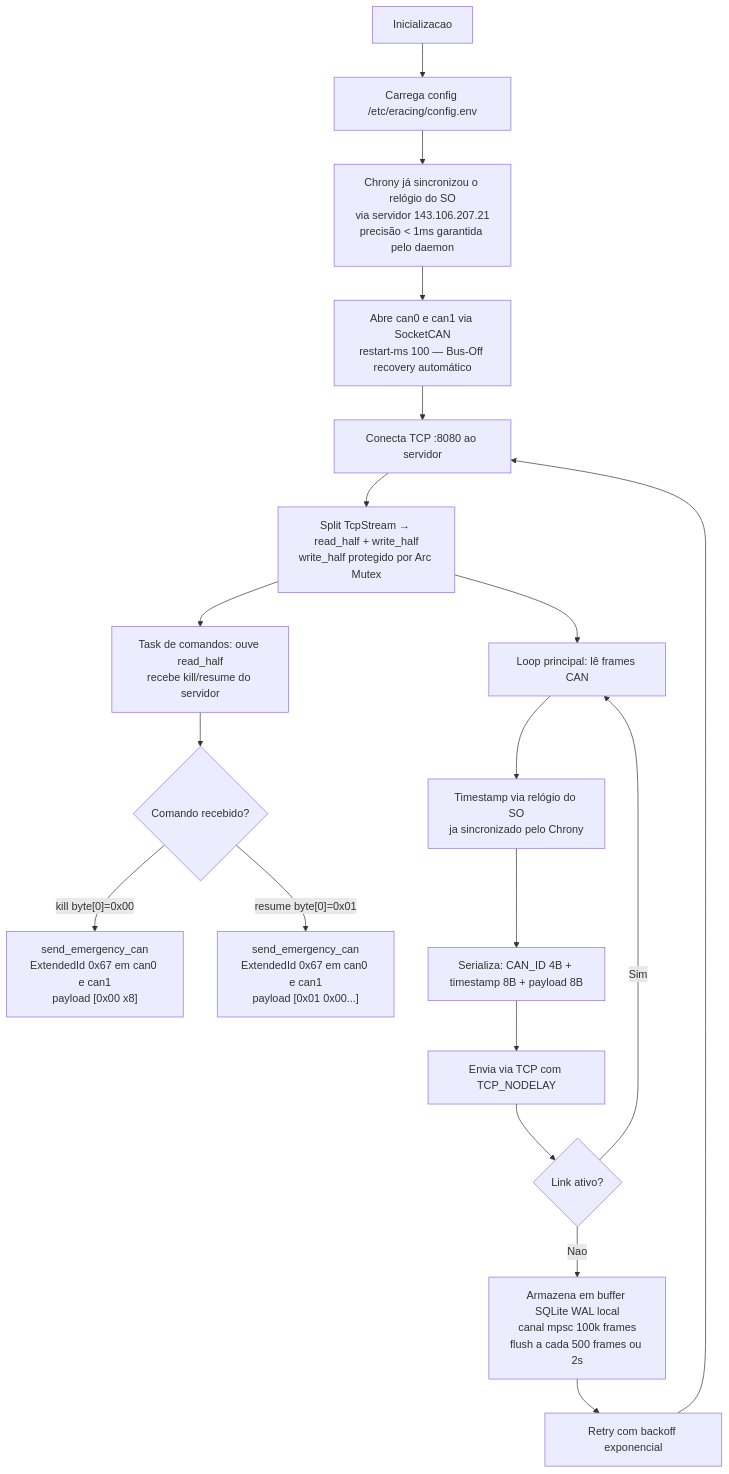
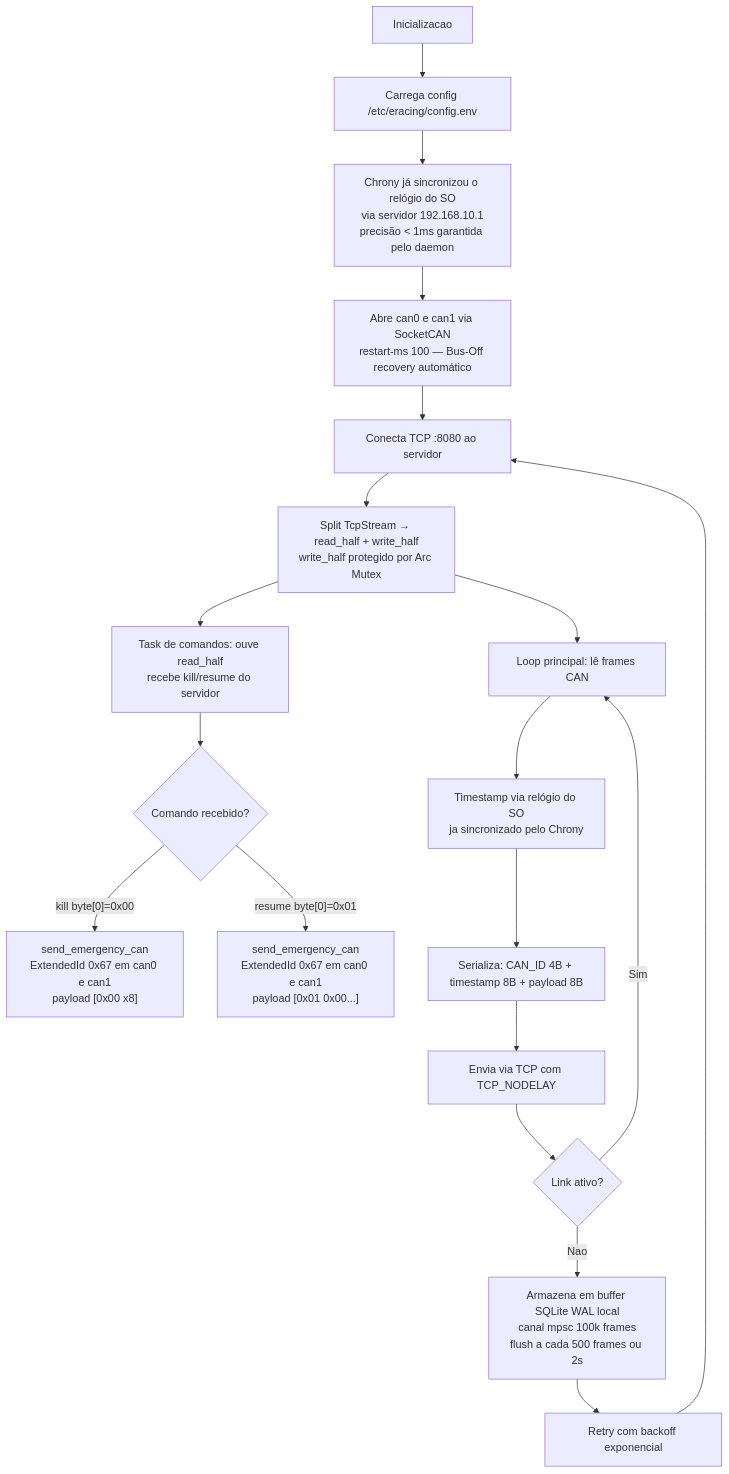
The sixth of 8 diagrams in design/handBook.md (Faraoh-Back/TelemetriaV2.0), drawn with Mermaid before and after one commit. The commit also changed other lines of this file, not shown here.

````diff
--- a/design/handBook.md
+++ b/design/handBook.md
@@ -404,21 +429,21 @@
 ```mermaid
 flowchart TD
     A["Inicializacao"] --> B["Carrega config /etc/eracing/config.env"]
-    B --> C["Chrony já sincronizou o relógio do SO\nvia servidor 143.106.207.21\nprecisão < 1ms garantida pelo daemon"]
+    B --> C["Chrony já sincronizou o relógio do SO\nvia servidor 192.168.10.1\nprecisão < 1ms garantida pelo daemon"]
     C --> D["Abre can0 e can1 via SocketCAN\nrestart-ms 100 — Bus-Off recovery automático"]
     D --> E["Conecta TCP :8080 ao servidor"]
     E --> F["Split TcpStream → read_half + write_half\nwrite_half protegido por Arc Mutex"]
     F --> G["Task de comandos: ouve read_half\nrecebe kill/resume do servidor"]
     F --> H["Loop principal: lê frames CAN"]
     H --> I["Timestamp via relógio do SO\nja sincronizado pelo Chrony"]
     I --> J["Serializa: CAN_ID 4B + timestamp 8B + payload 8B"]
     J --> K["Envia via TCP com TCP_NODELAY"]
     K --> L{"Link ativo?"}
     L -->|"Sim"| H
     L -->|"Nao"| M["Armazena em buffer SQLite WAL local\ncanal mpsc 100k frames\nflush a cada 500 frames ou 2s"]
     M --> N["Retry com backoff exponencial"]
     N --> E
     G --> O{"Comando recebido?"}
     O -->|"kill byte[0]=0x00"| P["send_emergency_can\nExtendedId 0x67 em can0 e can1\npayload [0x00 x8]"]
     O -->|"resume byte[0]=0x01"| Q["send_emergency_can\nExtendedId 0x67 em can0 e can1\npayload [0x01 0x00...]"]
 ```
````
